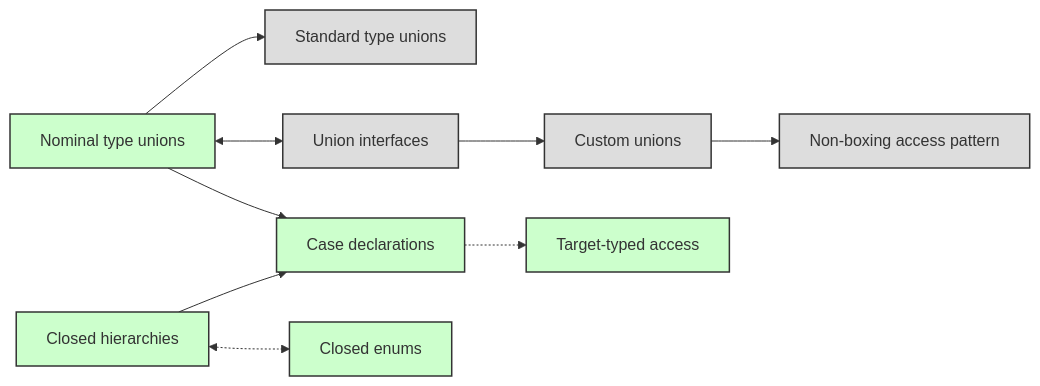
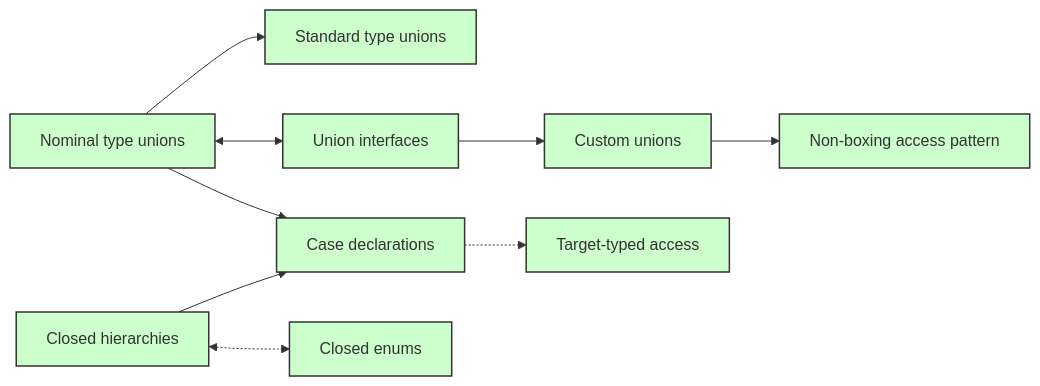
One commit to dotnet/csharplang changed the diagram in meetings/working-groups/discriminated-unions/union-proposals-overview.md. Above: the diagram before and after it, drawn with Mermaid.

Commit message:
Add "approved" color in diagram

````diff
--- a/meetings/working-groups/discriminated-unions/union-proposals-overview.md
+++ b/meetings/working-groups/discriminated-unions/union-proposals-overview.md
@@ -14,26 +14,26 @@
 ``` mermaid
 flowchart LR
 
 %% Features
 Unions[Nominal type unions]:::approved
-Standard[Standard type unions]:::unapproved
-Interfaces[Union interfaces]:::unapproved
-Custom[Custom unions]:::unapproved
-NonBoxingAccess[Non-boxing access pattern]:::unapproved
+Standard[Standard type unions]:::approved
+Interfaces[Union interfaces]:::approved
+Custom[Custom unions]:::approved
+NonBoxingAccess[Non-boxing access pattern]:::approved
 Enums[Closed enums]:::approved
 Hierarchies[Closed hierarchies]:::approved
 Cases[Case declarations]:::approved
 Target[Target-typed access]:::approved
 
 %% Dependencies
 Unions --> Standard
 Unions <--> Interfaces --> Custom --> NonBoxingAccess
 Unions & Hierarchies --> Cases -.-> Target
 Hierarchies <-.-> Enums
 
 %% Colors
 classDef approved fill:#cfc,stroke:#333,stroke-width:1.5px;
 classDef consideration fill:#ffd,stroke:#333,stroke-width:1.5px;
 classDef unapproved fill:#ddd,stroke:#333,stroke-width:1.5px;
 classDef rejected fill:#fdd,stroke:#333,stroke-width:1.5px;
 ```
````
